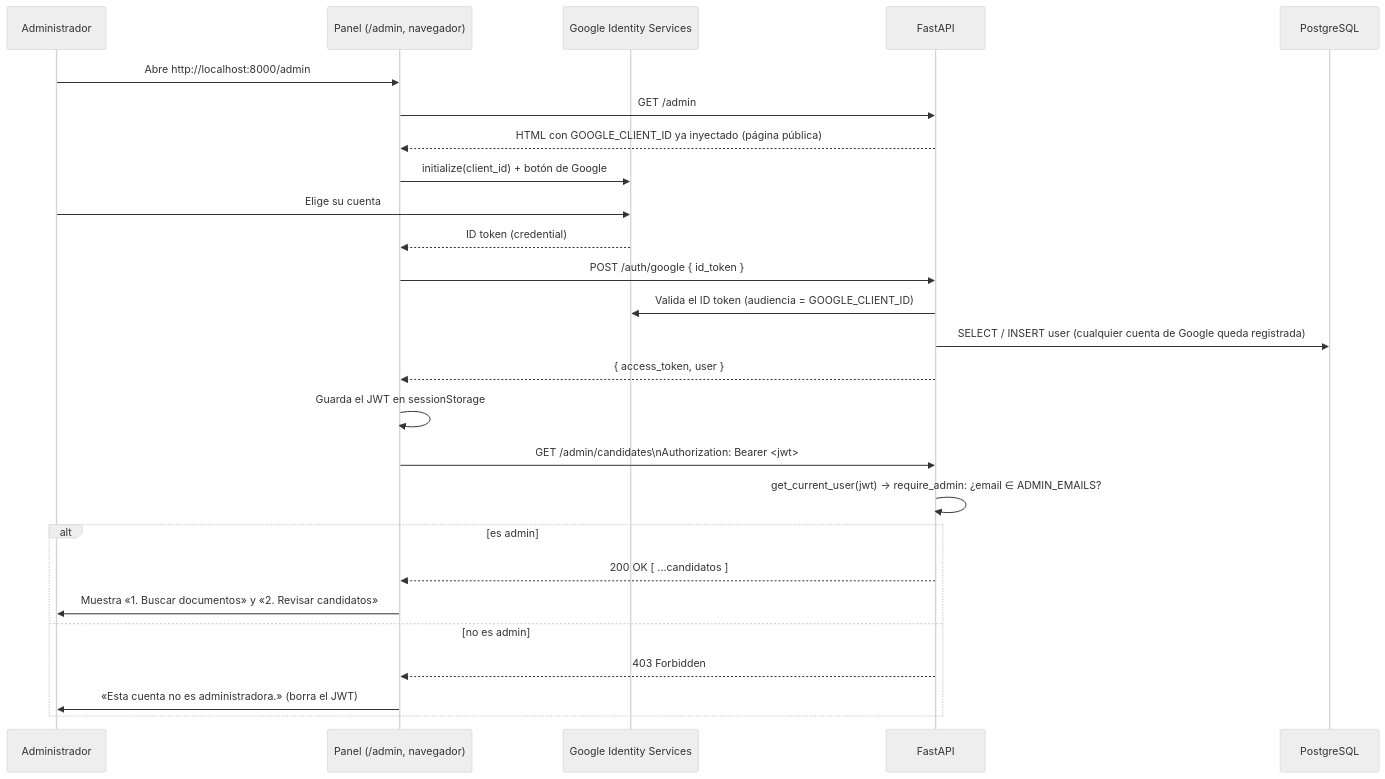
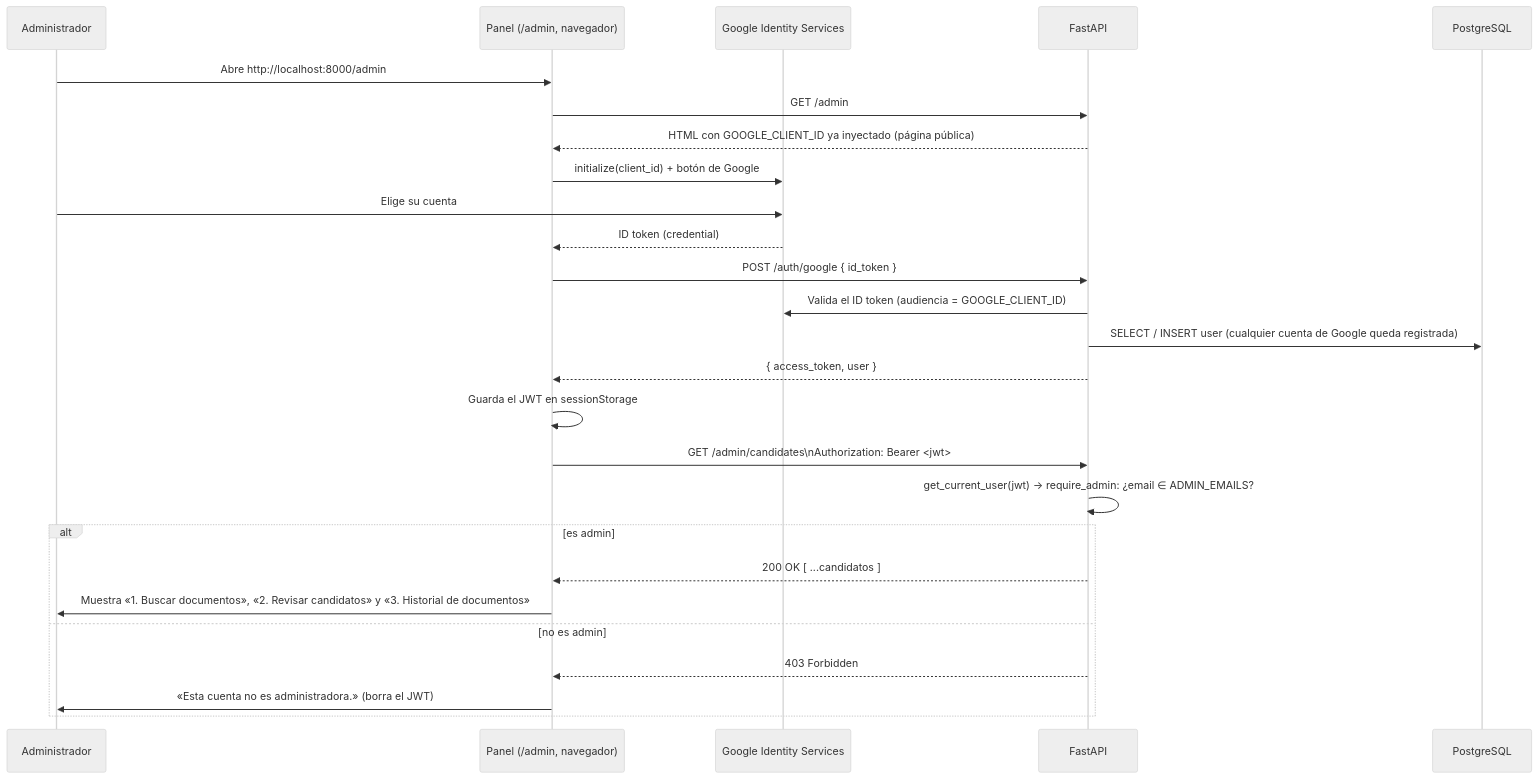
The third of 3 diagrams in docs/diagrams/auth-sequence.md (FedeJGM/HabitQ), drawn with Mermaid (neutral theme) before and after one commit. The commit also changed 5 other files, not shown here.

````diff
--- a/docs/diagrams/auth-sequence.md
+++ b/docs/diagrams/auth-sequence.md
@@ -66,29 +66,29 @@
 ```mermaid
 sequenceDiagram
     participant A as Administrador
     participant P as Panel (/admin, navegador)
     participant G as Google Identity Services
     participant B as FastAPI
     participant DB as PostgreSQL
 
     A->>P: Abre http://localhost:8000/admin
     P->>B: GET /admin
     B-->>P: HTML con GOOGLE_CLIENT_ID ya inyectado (página pública)
     P->>G: initialize(client_id) + botón de Google
     A->>G: Elige su cuenta
     G-->>P: ID token (credential)
     P->>B: POST /auth/google { id_token }
     B->>G: Valida el ID token (audiencia = GOOGLE_CLIENT_ID)
     B->>DB: SELECT / INSERT user (cualquier cuenta de Google queda registrada)
     B-->>P: { access_token, user }
     P->>P: Guarda el JWT en sessionStorage
     P->>B: GET /admin/candidates\nAuthorization: Bearer <jwt>
     B->>B: get_current_user(jwt) → require_admin: ¿email ∈ ADMIN_EMAILS?
     alt es admin
         B-->>P: 200 OK [ ...candidatos ]
-        P->>A: Muestra «1. Buscar documentos» y «2. Revisar candidatos»
+        P->>A: Muestra «1. Buscar documentos», «2. Revisar candidatos» y «3. Historial de documentos»
     else no es admin
         B-->>P: 403 Forbidden
         P->>A: «Esta cuenta no es administradora.» (borra el JWT)
     end
 ```
````
